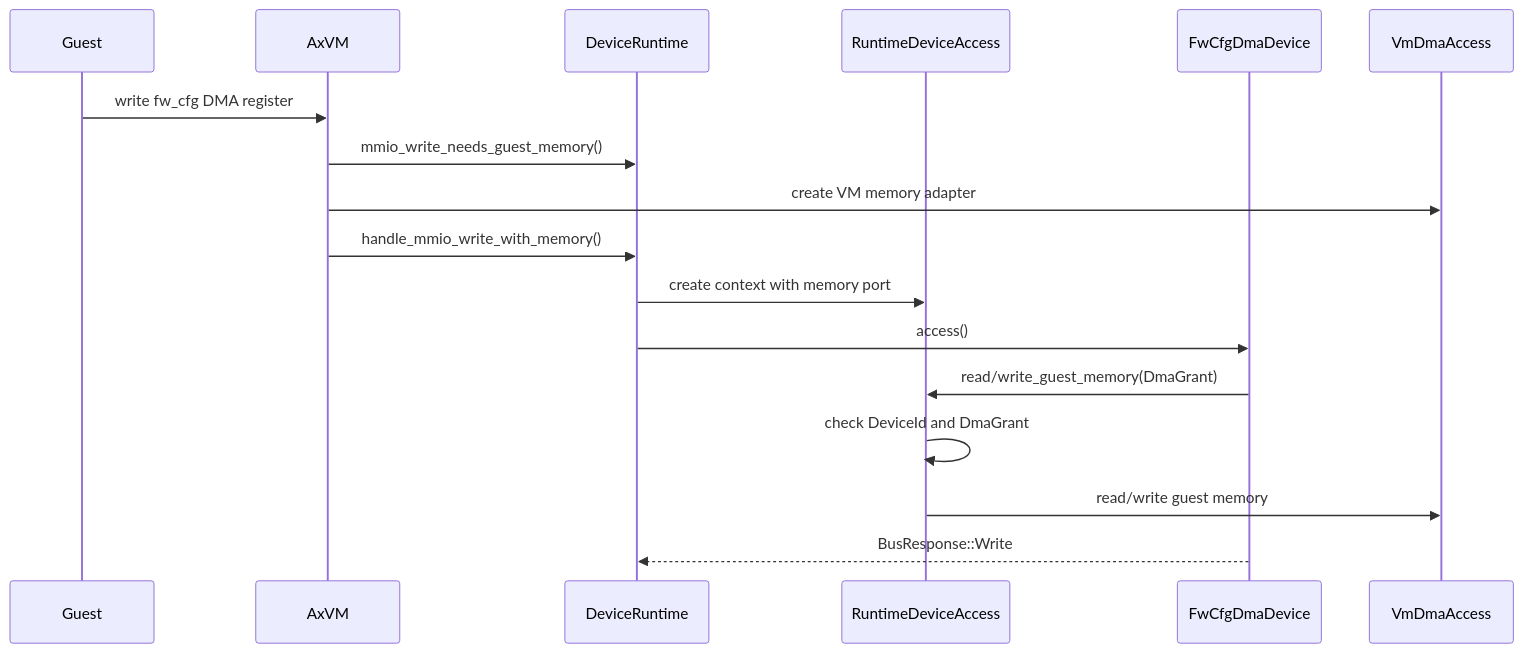
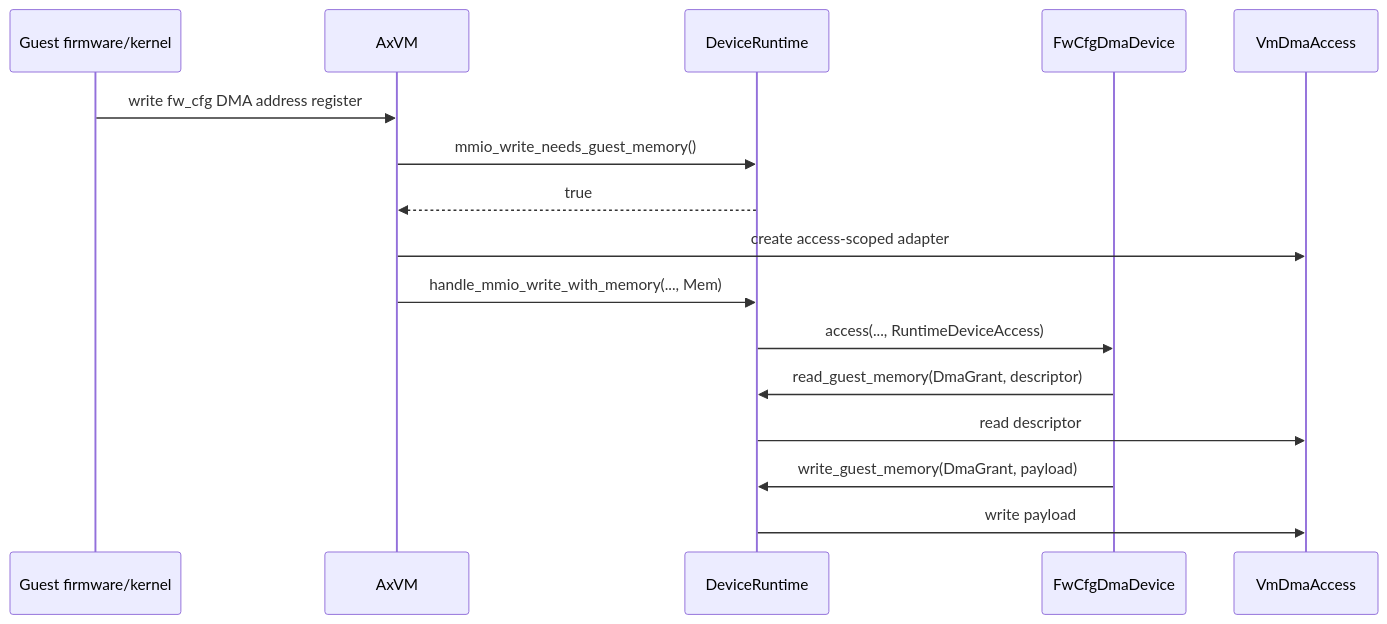
Before and after one commit to rcore-os/tgoskits: the fourth of 4 diagrams in docs/docs/architecture/axvisor/emulated-devices.md, drawn with Mermaid. The commit also changed other lines of this file, not shown here.

Commit message:
docs: rewrite emulated-devices page with code-grounded crate layout, runtime fields, and factory details

````diff
--- a/docs/docs/architecture/axvisor/emulated-devices.md
+++ b/docs/docs/architecture/axvisor/emulated-devices.md
@@ -183,20 +395,19 @@
 ```mermaid
 sequenceDiagram
-    participant Guest as Guest
+    participant Guest as Guest firmware/kernel
     participant VM as AxVM
-    participant Runtime as DeviceRuntime
-    participant Ctx as RuntimeDeviceAccess
-    participant Fw as FwCfgDmaDevice
+    participant RT as DeviceRuntime
+    participant FW as FwCfgDmaDevice
     participant Mem as VmDmaAccess
 
-    Guest->>VM: write fw_cfg DMA register
-    VM->>Runtime: mmio_write_needs_guest_memory()
-    VM->>Mem: create VM memory adapter
-    VM->>Runtime: handle_mmio_write_with_memory()
-    Runtime->>Ctx: create context with memory port
-    Runtime->>Fw: access()
-    Fw->>Ctx: read/write_guest_memory(DmaGrant)
-    Ctx->>Ctx: check DeviceId and DmaGrant
-    Ctx->>Mem: read/write guest memory
-    Fw-->>Runtime: BusResponse::Write
+    Guest->>VM: write fw_cfg DMA address register
+    VM->>RT: mmio_write_needs_guest_memory()
+    RT-->>VM: true
+    VM->>Mem: create access-scoped adapter
+    VM->>RT: handle_mmio_write_with_memory(..., Mem)
+    RT->>FW: access(..., RuntimeDeviceAccess)
+    FW->>RT: read_guest_memory(DmaGrant, descriptor)
+    RT->>Mem: read descriptor
+    FW->>RT: write_guest_memory(DmaGrant, payload)
+    RT->>Mem: write payload
 ```
````
